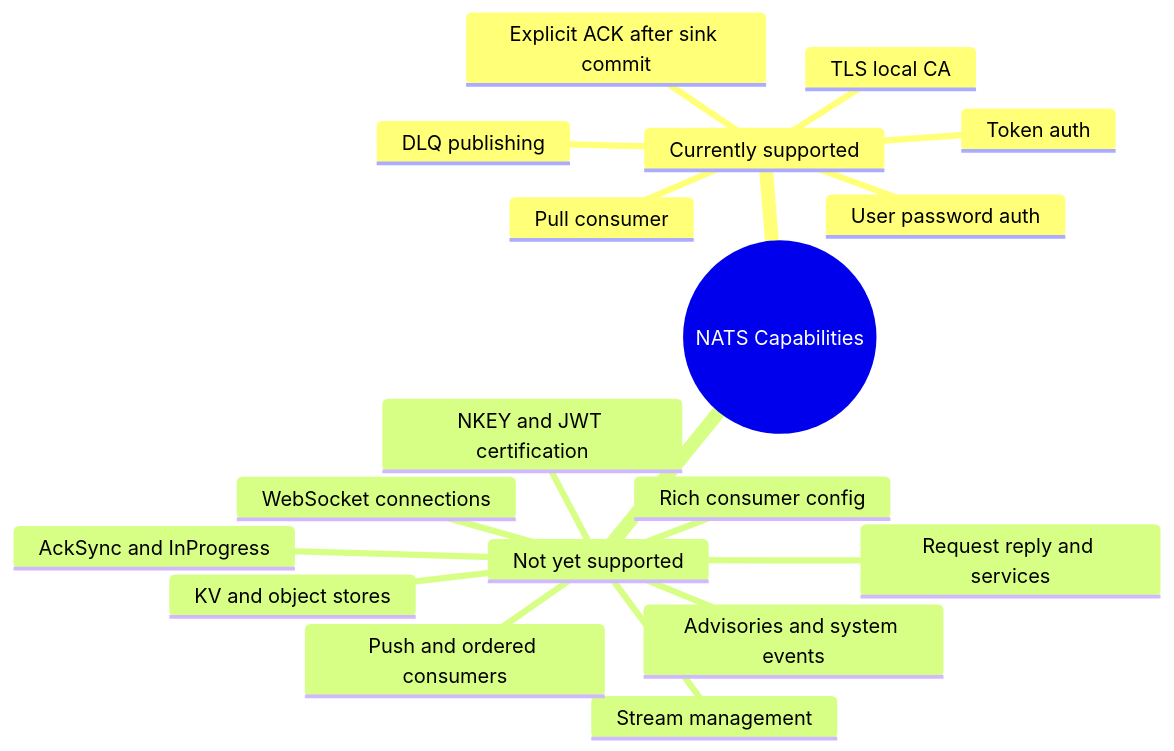
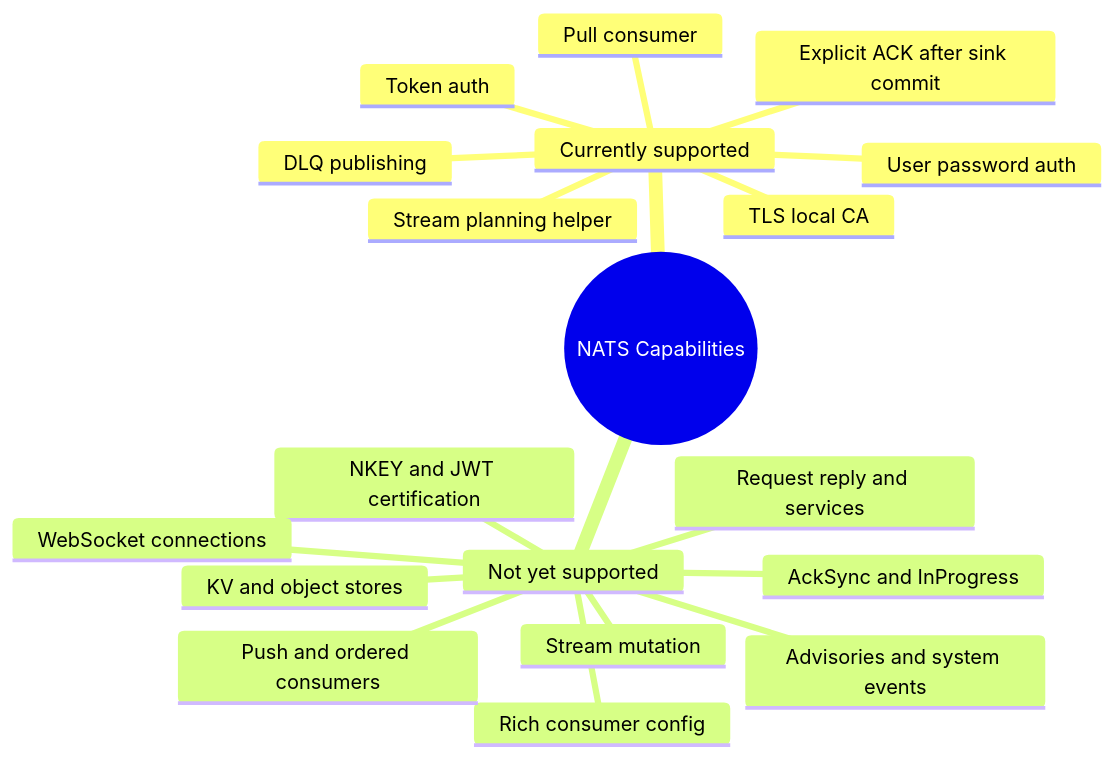
One commit to ProjectCuillin/nats-sinks changed the diagram in docs/nats-feature-gap-analysis.md. Above: the diagram before and after it, drawn with Mermaid. The commit also changed other lines of this file and 17 other files, not shown here.

Commit message:
Add JetStream stream planning helper

````diff
--- a/docs/nats-feature-gap-analysis.md
+++ b/docs/nats-feature-gap-analysis.md
@@ -42,21 +44,22 @@
 ```mermaid
 mindmap
   root((NATS Capabilities))
     Currently supported
       Pull consumer
       Explicit ACK after sink commit
       Token auth
       User password auth
       TLS local CA
       DLQ publishing
+      Stream planning helper
     Not yet supported
       Rich consumer config
-      Stream management
+      Stream mutation
       Push and ordered consumers
       AckSync and InProgress
       NKEY and JWT certification
       WebSocket connections
       KV and object stores
       Request reply and services
       Advisories and system events
 ```
````
